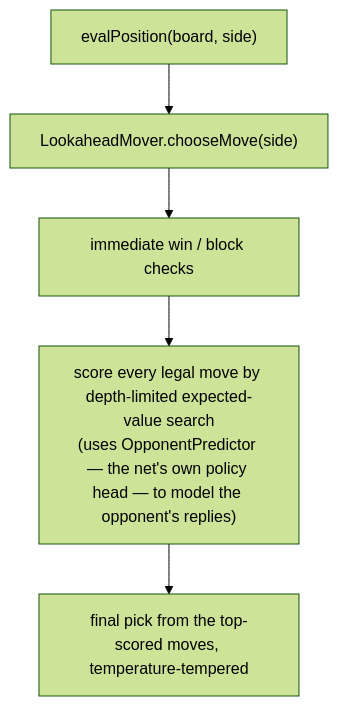
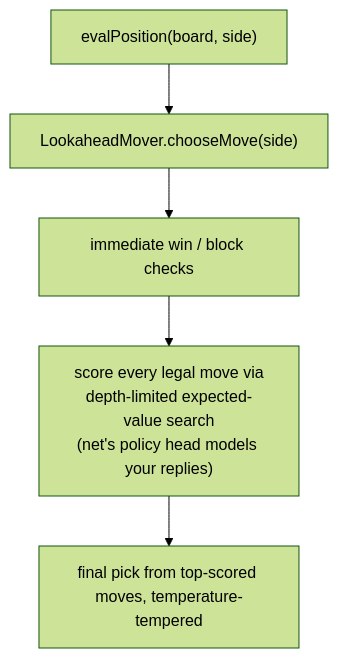
One commit to darkslayer-ns/3d-tiktactoe changed the tenth of 12 diagrams in README.md. Above: the diagram before and after it, drawn with Mermaid (forest theme). The commit also changed other lines of this file, not shown here.

First line of the commit message:
docs: compact mermaid labels + Go-solver dataset generation

````diff
--- a/README.md
+++ b/README.md
@@ -378,7 +406,7 @@
 ```mermaid
 flowchart TD
     EV["evalPosition(board, side)"] --> CM["LookaheadMover.chooseMove(side)"]
     CM --> W["immediate win / block checks"]
-    W --> SC["score every legal move by depth-limited expected-value search<br/>(uses OpponentPredictor — the net's own policy head — to model the opponent's replies)"]
-    SC --> PK["final pick from the top-scored moves, temperature-tempered"]
+    W --> SC["score every legal move via<br/>depth-limited expected-value search<br/>(net's policy head models your replies)"]
+    SC --> PK["final pick from top-scored moves, temperature-tempered"]
 ```
````
